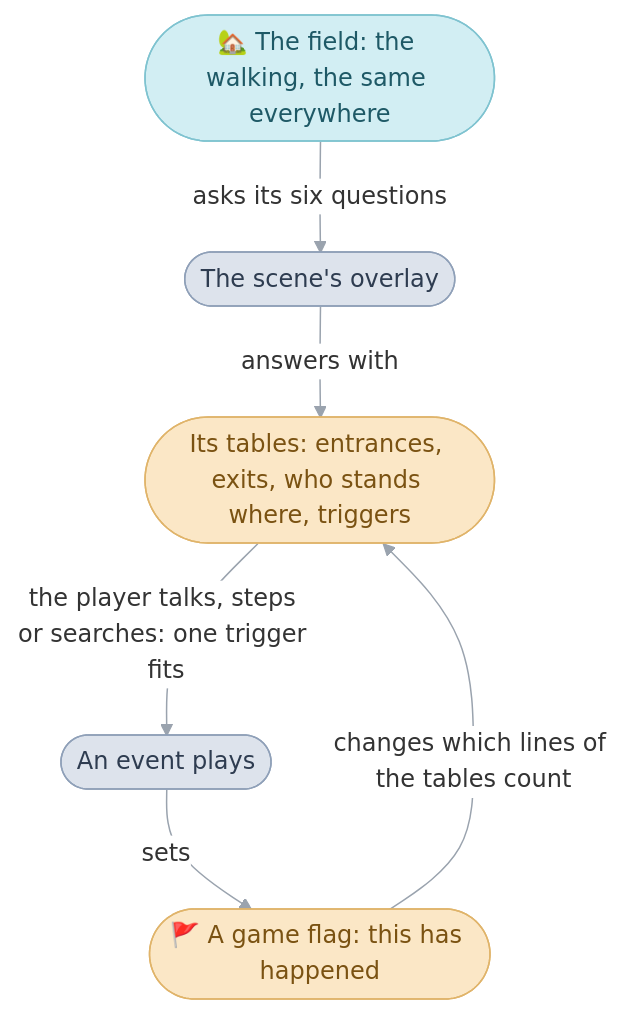
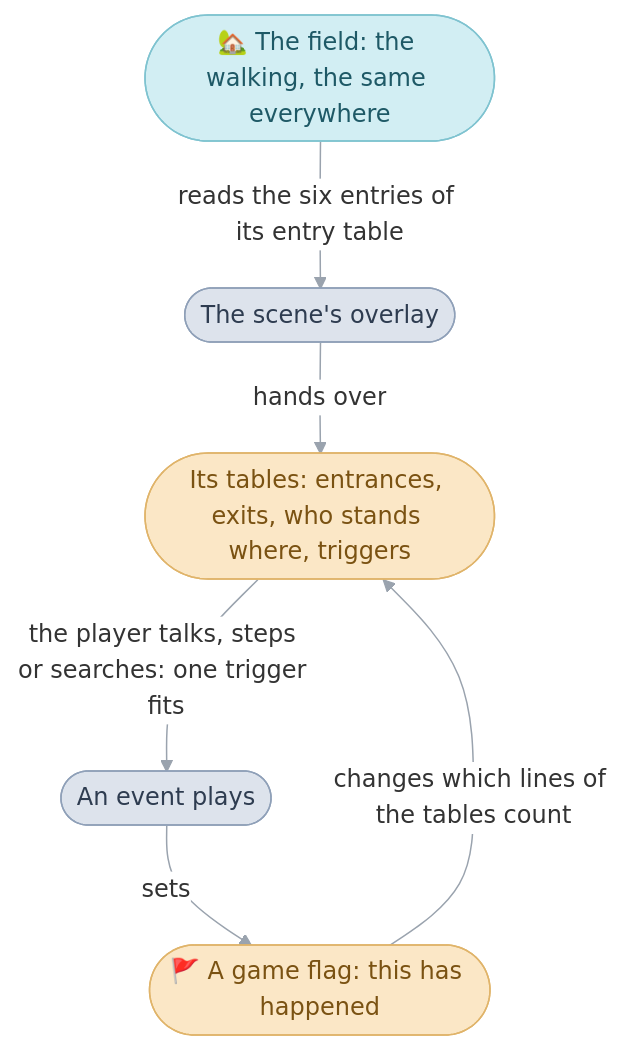
One commit to PascalPixel/alchemy changed the first of 6 diagrams in games/tbs/src/scene/README.md. Above: the diagram before and after it, drawn with Mermaid. The commit also changed other lines of this file and 20 other files, not shown here.

````diff
--- a/games/tbs/src/scene/README.md
+++ b/games/tbs/src/scene/README.md
@@ -59,15 +59,15 @@
 ```mermaid
 %%{init: {"theme": "base", "themeVariables": {"lineColor": "#9AA3AE", "edgeLabelBackground": "#FFFFFF"}, "flowchart": {"curve": "basis", "padding": 12}}}%%
 flowchart TD
-  field(["🏡 The field: the walking, the same everywhere"]) -- "asks its six questions" --> overlay(["The scene's overlay"])
-  overlay -- "answers with" --> tables(["Its tables: entrances, exits, who stands where, triggers"])
+  field(["🏡 The field: the walking, the same everywhere"]) -- "reads the six entries of its entry table" --> overlay(["The scene's overlay"])
+  overlay -- "hands over" --> tables(["Its tables: entrances, exits, who stands where, triggers"])
   tables -- "the player talks, steps or searches: one trigger fits" --> event(["An event plays"])
   event -- "sets" --> flags(["🚩 A game flag: this has happened"])
   flags -- "changes which lines of the tables count" --> tables
   classDef sequence fill:#D2EEF3,stroke:#7FC3D0,color:#1E5966
   classDef overlay fill:#DDE3EC,stroke:#8FA0B8,color:#2E3C50
   classDef data fill:#FBE7C6,stroke:#E0B46A,color:#7A5212
   class field sequence
   class overlay,event overlay
   class tables,flags data
 ```
````
